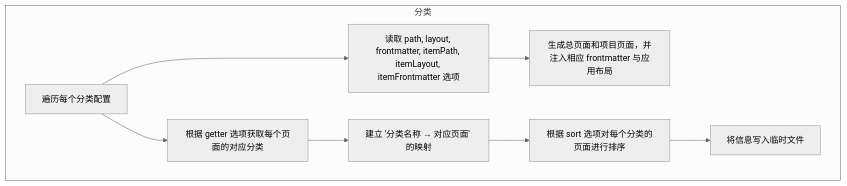
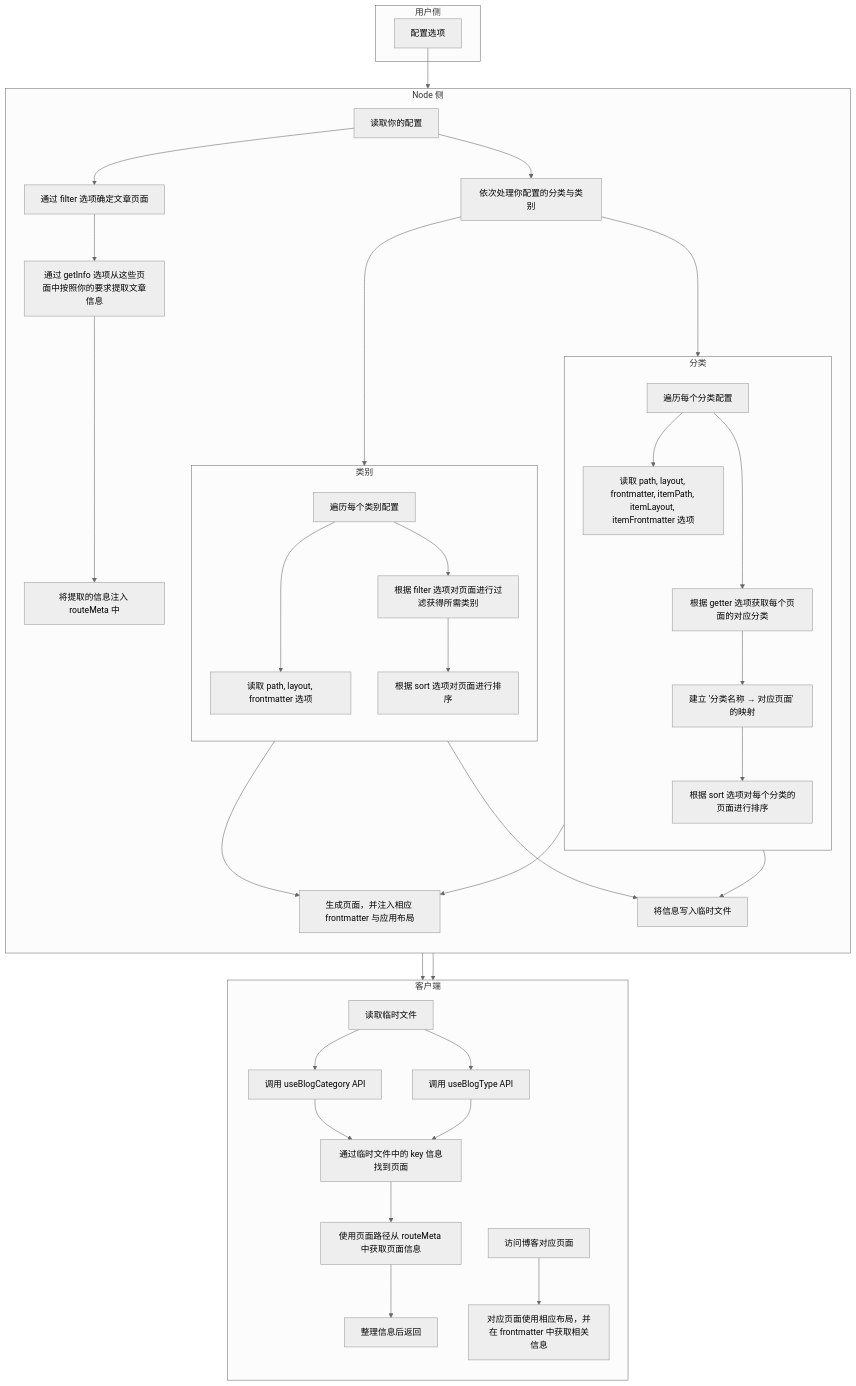
Before and after one commit to vuepress-theme-hope/vuepress-theme-hope: the diagram in docs/blog2/src/zh/guide.md, drawn with Mermaid (neutral theme). The commit also changed other lines of this file and 3 other files, not shown here.

Commit message:
docs(blog2): update flowchart

````diff
--- a/docs/blog2/src/zh/guide.md
+++ b/docs/blog2/src/zh/guide.md
@@ -29,13 +10,64 @@
 ```mermaid
 flowchart TB
+  subgraph user [用户侧]
+    config[配置选项]
+  end
+
+  subgraph node [Node 侧]
+    direction TB
+    readConfig[读取你的配置]-->
+    node2[通过 filter 选项确定文章页面]-->
+    node3[通过 getInfo 选项从这些页面中按照你的要求提取文章信息]-->
+    node4[将提取的信息注入 routeMeta 中]
+    readConfig-->
+    resolve[依次处理你配置的分类与类别]
+    generatePage["生成页面，并注入相应 frontmatter 与应用布局"]
+    writeTemp["将信息写入临时文件"]
+
     subgraph category [分类]
-    loopCategory[遍历每个分类配置] --->
-    getCategoryPage["读取 path, layout, frontmatter, itemPath, itemLayout, itemFrontmatter 选项"] -->
-    registerCategory["生成总页面和项目页面，并注入相应 frontmatter 与应用布局"]
-    loopCategory -->
-    getCategory["根据 getter 选项获取每个页面的对应分类"] -->
-    mapCategory["建立 '分类名称 → 对应页面' 的映射"]-->
-    sortCategory["根据 sort 选项对每个分类的页面进行排序"]-->
-    writeCategory["将信息写入临时文件"]
+      direction TB
+      loopCategory[遍历每个分类配置] --->
+      getCategory["根据 getter 选项获取每个页面的对应分类"] -->
+      mapCategory["建立 '分类名称 → 对应页面' 的映射"]-->
+      sortCategory["根据 sort 选项对每个分类的页面进行排序"]
+      loopCategory -->
+      getCategoryPage["读取 path, layout, frontmatter, itemPath, itemLayout, itemFrontmatter 选项"]
     end
+
+    resolve--->loopCategory
+    getCategoryPage --> generatePage
+    sortCategory --> writeTemp
+
+    subgraph type [类别]
+      direction TB
+      loopType[遍历每个类别配置] --->
+      getTypePage["读取 path, layout, frontmatter 选项"]
+      loopType -->
+      filterType["根据 filter 选项对页面进行过滤获得所需类别"]-->
+      sortType["根据 sort 选项对页面进行排序"]
+    end
+
+    resolve-->loopType
+    getTypePage --> generatePage
+    sortType --> writeTemp
+    end
+
+  subgraph client [客户端]
+    direction TB
+    readTemp[读取临时文件] --> callCategory
+    readTemp --> callType
+    callCategory["调用 useBlogCategory API"] -->
+    getPage
+    callType["调用 useBlogType API"]-->
+    getPage
+    getPage["通过临时文件中的 key 信息找到页面"] -->
+    getInfo["使用页面路径从 routeMeta 中获取页面信息"] -->
+    return["整理信息后返回"]
+    visit["访问博客对应页面"]-->
+    layout["对应页面使用相应布局，并在 frontmatter 中获取相关信息"]
+  end
+
+  config-->readConfig
+  writeTemp-->readTemp
+  generatePage-->visit
 ```
````
